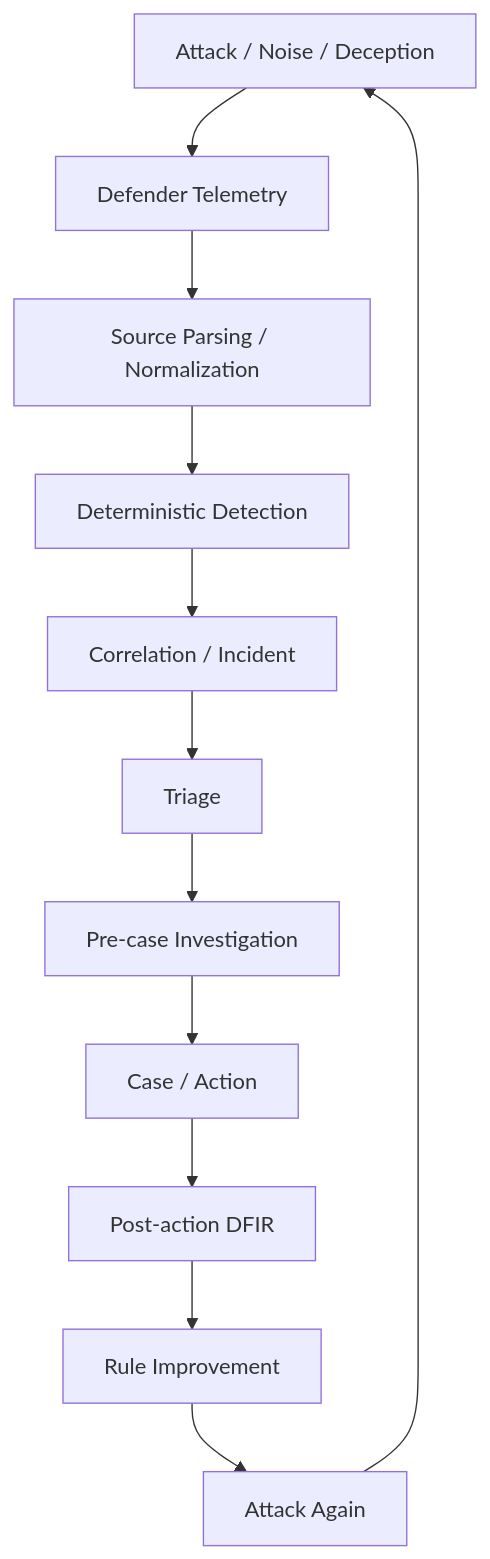
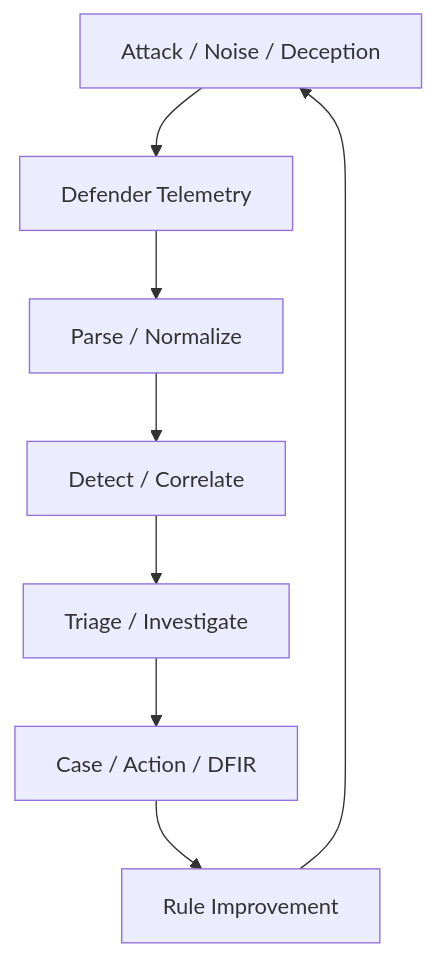
One commit to jpsuper/intelligent-soc-lab-portfolio changed the diagram in README.md. Above: the diagram before and after it, drawn with Mermaid. The commit also changed other lines of this file and 1 other file, not shown here.

````diff
--- a/README.md
+++ b/README.md
@@ -90,26 +34,18 @@
 ```mermaid
 flowchart TD
     A["Attack / Noise / Deception"]
     B["Defender Telemetry"]
-    C["Source Parsing / Normalization"]
-    D["Deterministic Detection"]
-    E["Correlation / Incident"]
-    F["Triage"]
-    G["Pre-case Investigation"]
-    H["Case / Action"]
-    I["Post-action DFIR"]
-    J["Rule Improvement"]
-    K["Attack Again"]
+    C["Parse / Normalize"]
+    D["Detect / Correlate"]
+    E["Triage / Investigate"]
+    F["Case / Action / DFIR"]
+    G["Rule Improvement"]
 
     A --> B
     B --> C
     C --> D
     D --> E
     E --> F
     F --> G
-    G --> H
-    H --> I
-    I --> J
-    J --> K
-    K --> A
+    G --> A
 ```
````
